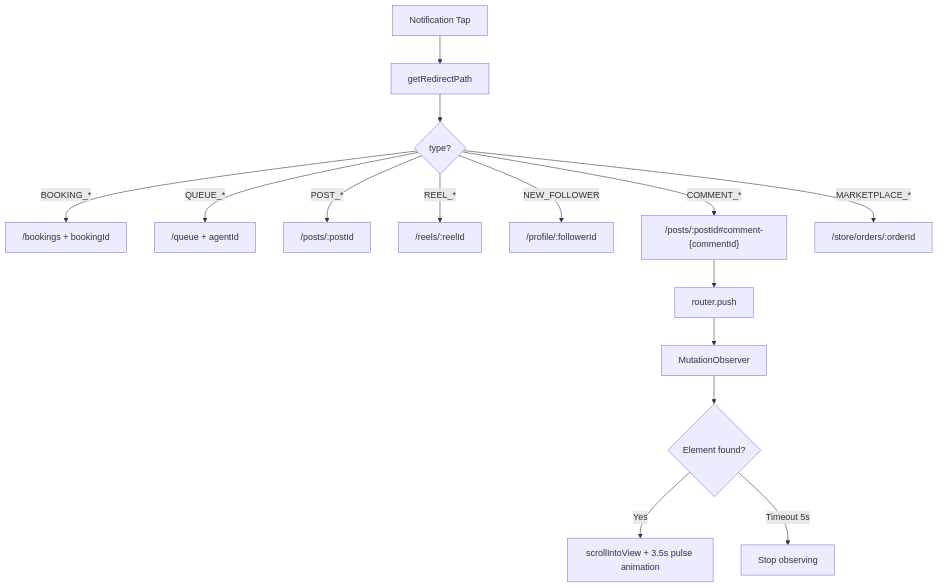
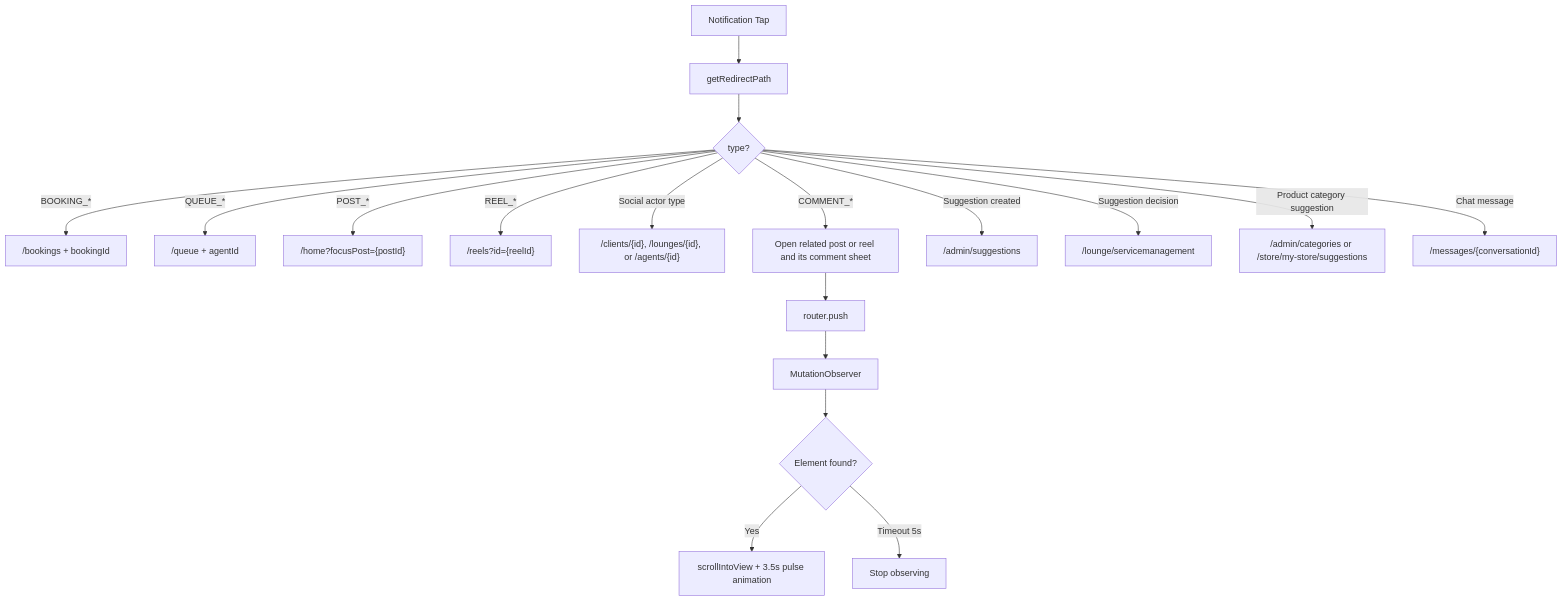
Before and after one commit to Frame-Ecosystem/Frame-Frontend: the seventh of 8 diagrams in app/_systems/notifications/README.md, drawn with Mermaid. The commit also changed other lines of this file and 6 other files, not shown here.

````diff
--- a/app/_systems/notifications/README.md
+++ b/app/_systems/notifications/README.md
@@ -332,19 +332,22 @@
 ```mermaid
 flowchart TD
     N[Notification Tap] --> R[getRedirectPath]
     R --> CHECK{type?}
 
     CHECK -->|BOOKING_*| BP["/bookings + bookingId"]
     CHECK -->|QUEUE_*| QP["/queue + agentId"]
-    CHECK -->|POST_*| PP["/posts/:postId"]
-    CHECK -->|REEL_*| RP["/reels/:reelId"]
-    CHECK -->|NEW_FOLLOWER| FP["/profile/:followerId"]
-    CHECK -->|COMMENT_*| CP["/posts/:postId#comment-{commentId}"]
-    CHECK -->|MARKETPLACE_*| MP["/store/orders/:orderId"]
+    CHECK -->|POST_*| PP["/home?focusPost={postId}"]
+    CHECK -->|REEL_*| RP["/reels?id={reelId}"]
+    CHECK -->|Social actor type| FP["/clients/{id}, /lounges/{id}, or /agents/{id}"]
+    CHECK -->|COMMENT_*| CP["Open related post or reel and its comment sheet"]
+    CHECK -->|Suggestion created| AP["/admin/suggestions"]
+    CHECK -->|Suggestion decision| LP["/lounge/servicemanagement"]
+    CHECK -->|Product category suggestion| MP["/admin/categories or /store/my-store/suggestions"]
+    CHECK -->|Chat message| MP2["/messages/{conversationId}"]
 
     CP --> NAV[router.push]
     NAV --> MO[MutationObserver]
     MO --> FIND{Element found?}
     FIND -->|Yes| SCROLL[scrollIntoView + 3.5s pulse animation]
     FIND -->|Timeout 5s| STOP[Stop observing]
 ```
````
